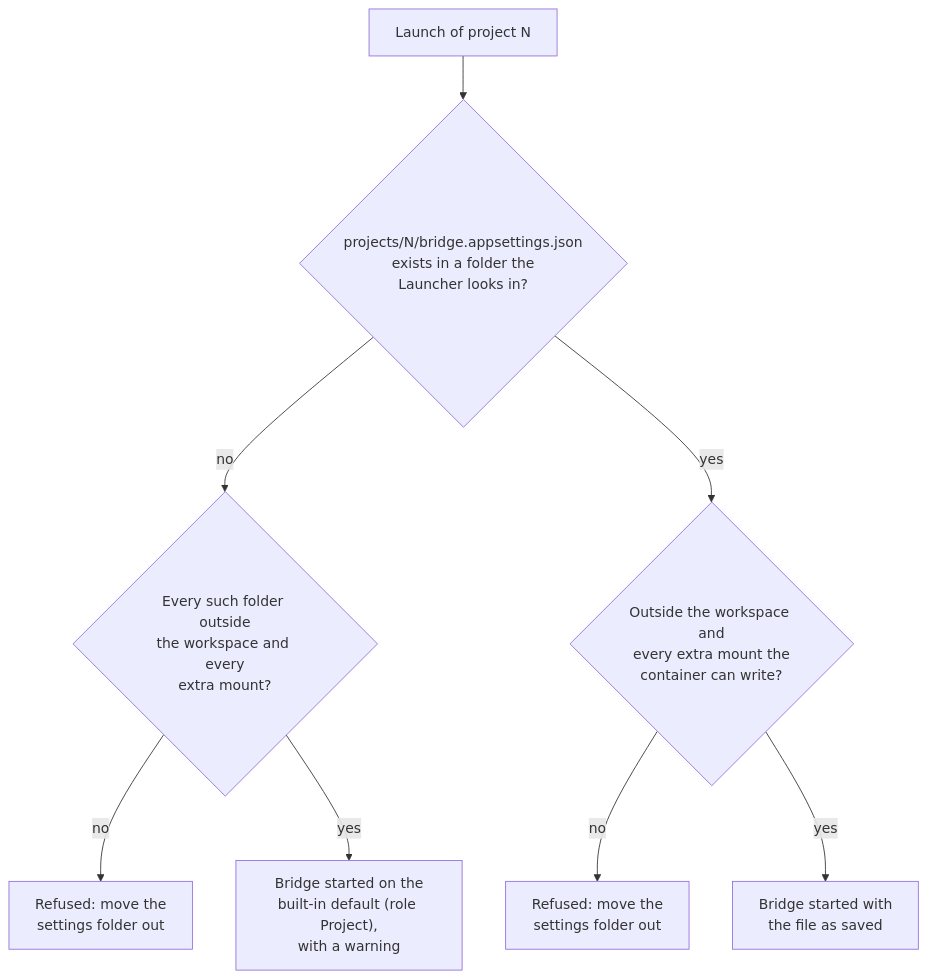
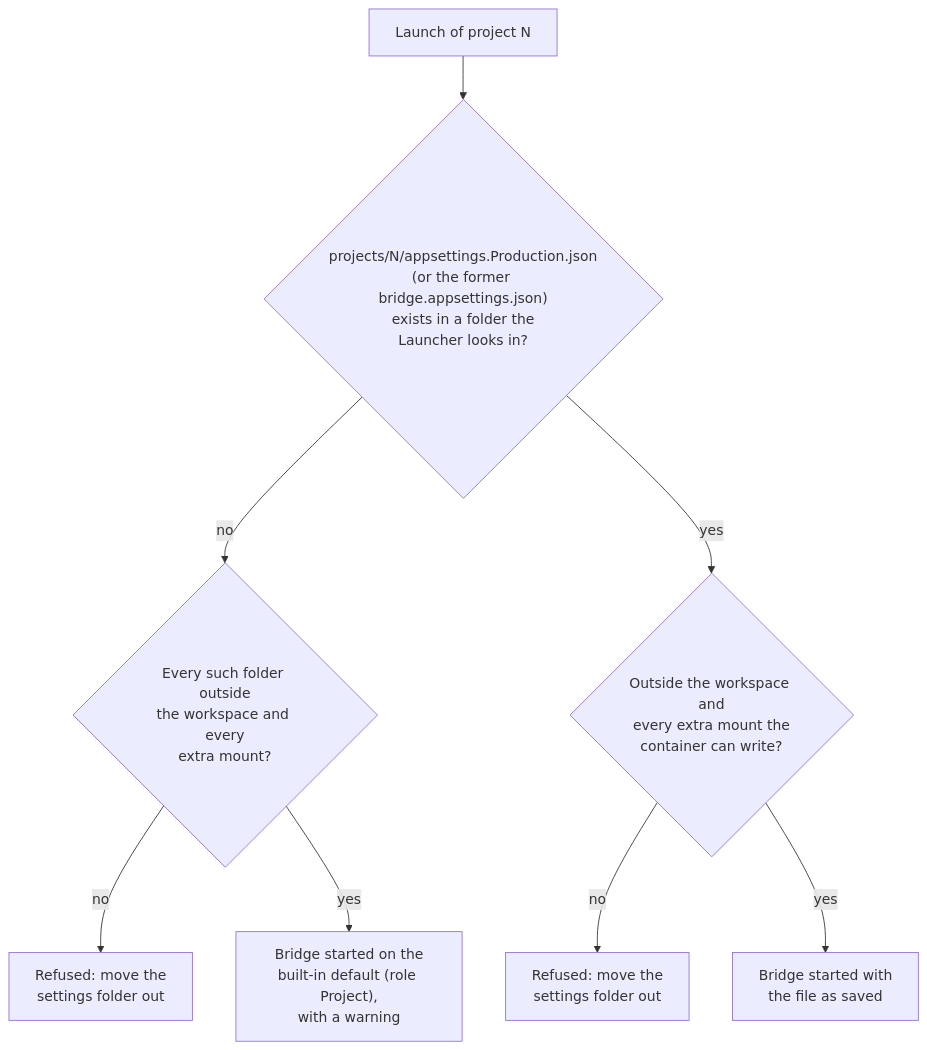
One commit to DogmaSolutions/Kyklos changed the second of 2 diagrams in docs/INSTALL_AND_CONFIG.md. Above: the diagram before and after it, drawn with Mermaid. The commit also changed other lines of this file and 41 other files, not shown here.

````diff
--- a/docs/INSTALL_AND_CONFIG.md
+++ b/docs/INSTALL_AND_CONFIG.md
@@ -432,10 +462,10 @@
 ```mermaid
 flowchart TD
-    L["Launch of project N"] --> F{"projects/N/bridge.appsettings.json<br/>exists in a folder the<br/>Launcher looks in?"}
+    L["Launch of project N"] --> F{"projects/N/appsettings.Production.json<br/>(or the former bridge.appsettings.json)<br/>exists in a folder the<br/>Launcher looks in?"}
     F -->|"no"| D{"Every such folder outside<br/>the workspace and every<br/>extra mount?"}
     D -->|"no"| X0["Refused: move the<br/>settings folder out"]
     D -->|"yes"| DB["Bridge started on the<br/>built-in default (role Project),<br/>with a warning"]
     F -->|"yes"| O{"Outside the workspace and<br/>every extra mount the<br/>container can write?"}
     O -->|"no"| X2["Refused: move the<br/>settings folder out"]
     O -->|"yes"| B["Bridge started with<br/>the file as saved"]
 ```
````
